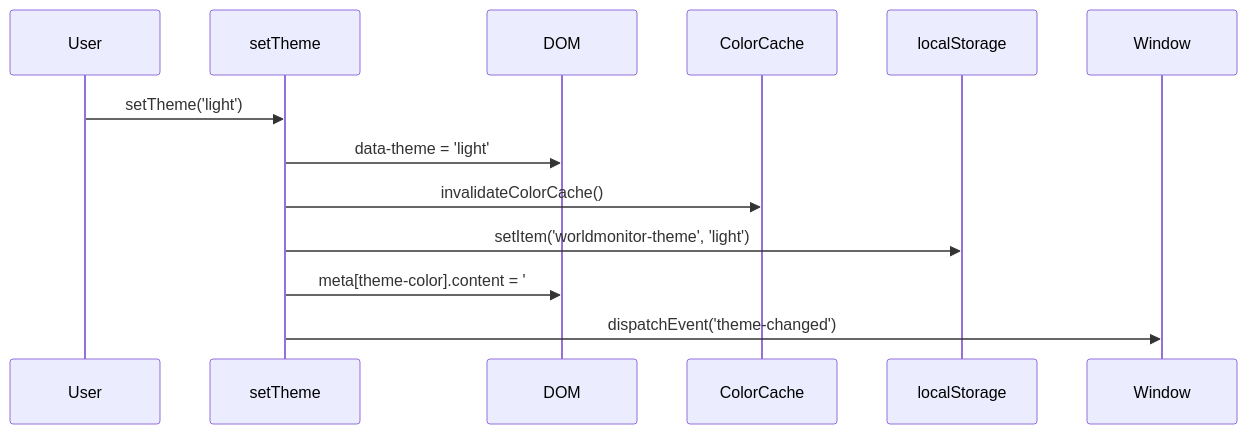
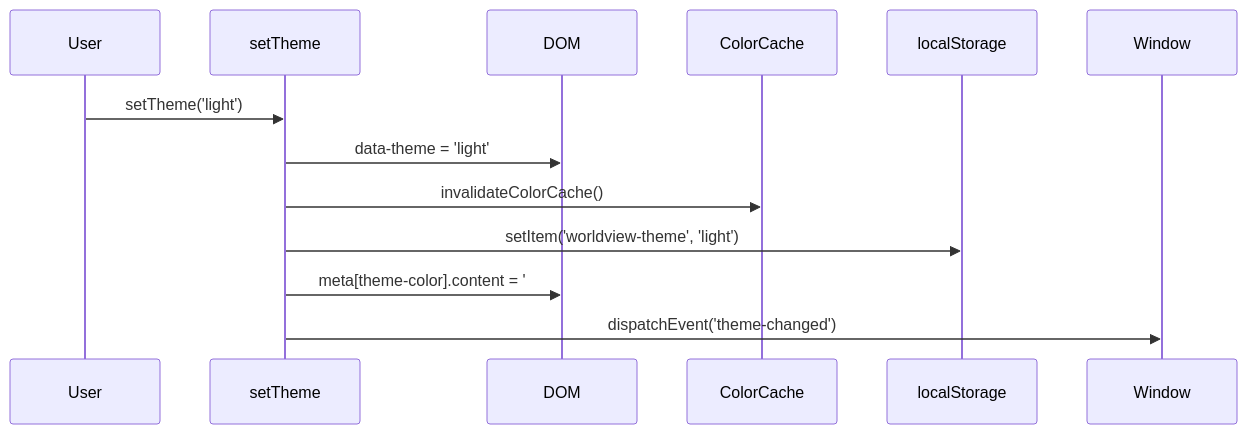
Before and after one commit to mannie09/World_View: the fourth of 10 diagrams in docs/Docs_To_Review/STATE_MANAGEMENT.md, drawn with Mermaid. The commit also changed other lines of this file and 2244 other files, not shown here.

````diff
--- a/docs/Docs_To_Review/STATE_MANAGEMENT.md
+++ b/docs/Docs_To_Review/STATE_MANAGEMENT.md
@@ -291,16 +291,16 @@
 ```mermaid
 sequenceDiagram
     participant User
     participant setTheme
     participant DOM
     participant ColorCache
     participant localStorage
     participant Window
 
     User->>setTheme: setTheme('light')
     setTheme->>DOM: data-theme = 'light'
     setTheme->>ColorCache: invalidateColorCache()
-    setTheme->>localStorage: setItem('worldmonitor-theme', 'light')
+    setTheme->>localStorage: setItem('worldview-theme', 'light')
     setTheme->>DOM: meta[theme-color].content = '#f8f9fa'
     setTheme->>Window: dispatchEvent('theme-changed')
 ```
````
